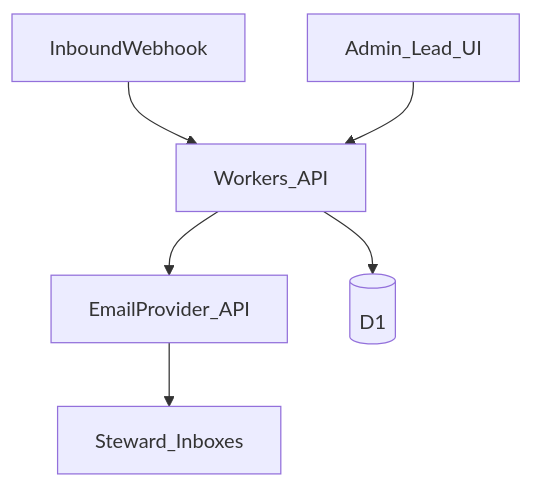
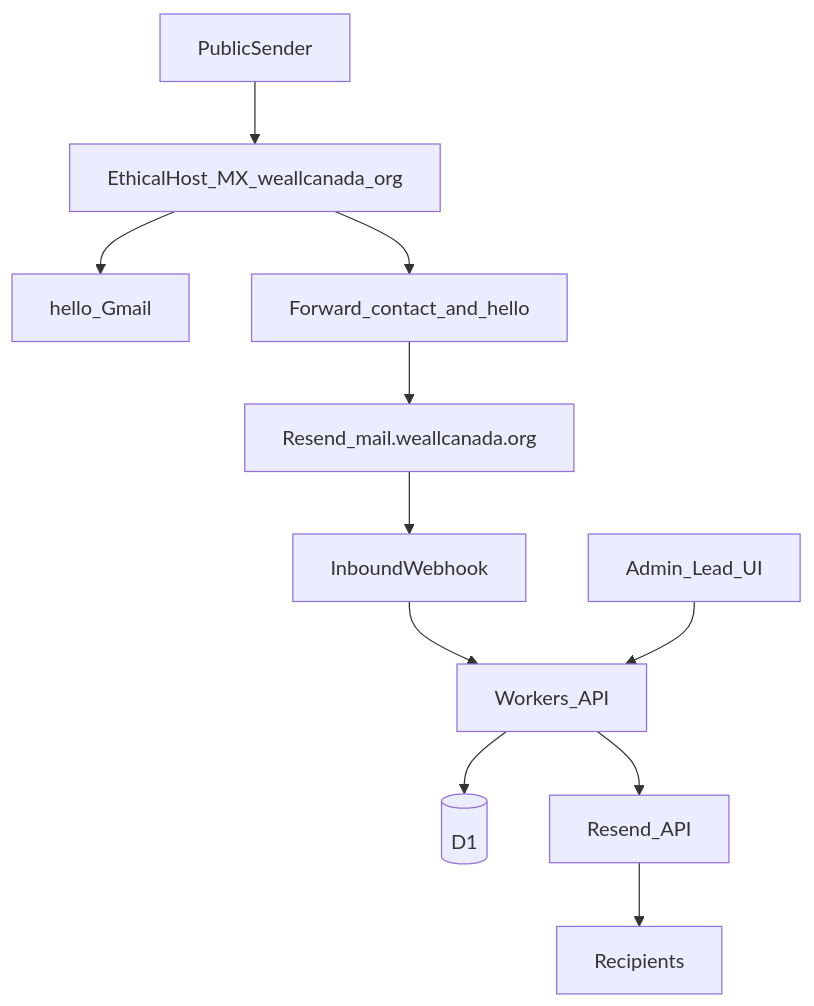
Before and after one commit to WEAll-Canada/stewards-platform: the second of 2 diagrams in ARCHITECTURE.md, drawn with Mermaid. The commit also changed other lines of this file and 34 other files, not shown here.

````diff
--- a/ARCHITECTURE.md
+++ b/ARCHITECTURE.md
@@ -126,9 +128,13 @@
 ```mermaid
 flowchart TB
-  provider[EmailProvider_API]
-  inbound[InboundWebhook] --> api[Workers_API]
+  sender[PublicSender] --> ethicalHost[EthicalHost_MX_weallcanada_org]
+  ethicalHost --> helloGmail[hello_Gmail]
+  ethicalHost --> fwdContact[Forward_contact_and_hello]
+  fwdContact --> resendRecv[Resend_mail.weallcanada.org]
+  resendRecv --> inbound[InboundWebhook]
+  inbound --> api[Workers_API]
   api --> d1[(D1)]
   adminUI[Admin_Lead_UI] --> api
-  api --> provider
-  provider --> stewards[Steward_Inboxes]
+  api --> resendSend[Resend_API]
+  resendSend --> recipients[Recipients]
 ```
````
